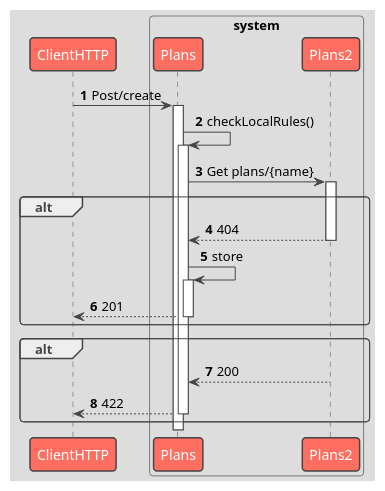
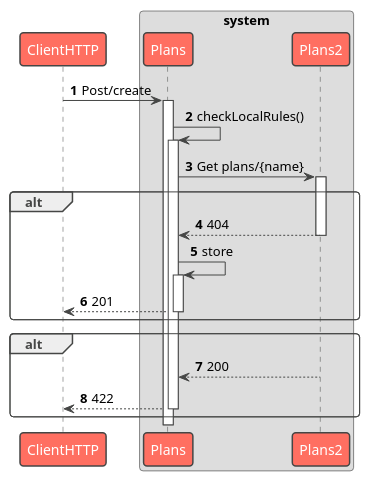
Before and after one commit to tam65r/protobuf-in-REST-aplication: the diagram in sidis-project1-protobuf/docs/PlansDocs/US10/UC10-SSD.puml, drawn with PlantUML. The commit also changed 27 other files, not shown here.

```diff
--- a/sidis-project1-protobuf/docs/PlansDocs/US10/UC10-SSD.puml
+++ b/sidis-project1-protobuf/docs/PlansDocs/US10/UC10-SSD.puml
@@ -1,32 +1,32 @@
 @startuml
 'https://plantuml.com/sequence-diagram
 
 autonumber
 autoactivate on
 
 !theme toy
-
+skinparam backgroundColor Transparent
 ClientHTTP -> Plans: Post/create
 box "system"
 participant Plans
 participant Plans2
 
 
 
 
 Plans -> Plans: checkLocalRules()
 
 Plans -> Plans2: Get plans/{name}
 
 alt
 Plans2 --> Plans: 404
 Plans -> Plans: store
 Plans --> ClientHTTP: 201
 end alt
 
 alt
 Plans2 --> Plans: 200
 
 Plans --> ClientHTTP: 422
 end alt
 @enduml
```
